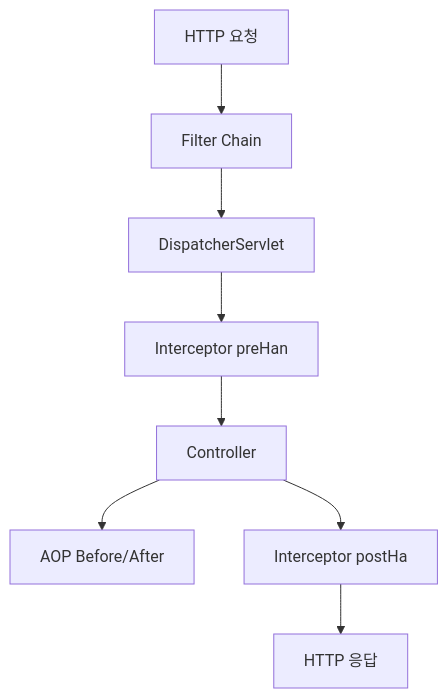
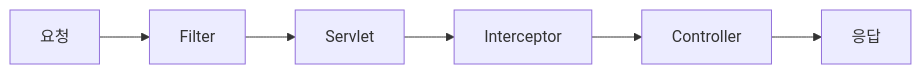
Before and after one commit to yjkim2015/yjkim2015.github.io: the first of 8 diagrams in _posts/spring/2026-05-02-spring-interceptor.md, drawn with Mermaid. The commit also changed other lines of this file and 163 other files, not shown here.

First line of the commit message:
Mermaid 300개 블록 내용 축소: 5노드 5엣지 이하, 의미 있는 약어

````diff
--- a/_posts/spring/2026-05-02-spring-interceptor.md
+++ b/_posts/spring/2026-05-02-spring-interceptor.md
@@ -127,10 +127,8 @@
 ```mermaid
-graph TB
-    A[HTTP 요청] --> B["Filter Chain"]
-    B --> C[DispatcherServlet]
-    C --> D["Interceptor preHan"]
+graph LR
+    A[요청] --> B[Filter]
+    B --> C[Servlet]
+    C --> D[Interceptor]
     D --> E[Controller]
-    E --> F["AOP Before/After"]
-    E --> G["Interceptor postHa"]
-    G --> H[HTTP 응답]
+    E --> F[응답]
 ```
````
